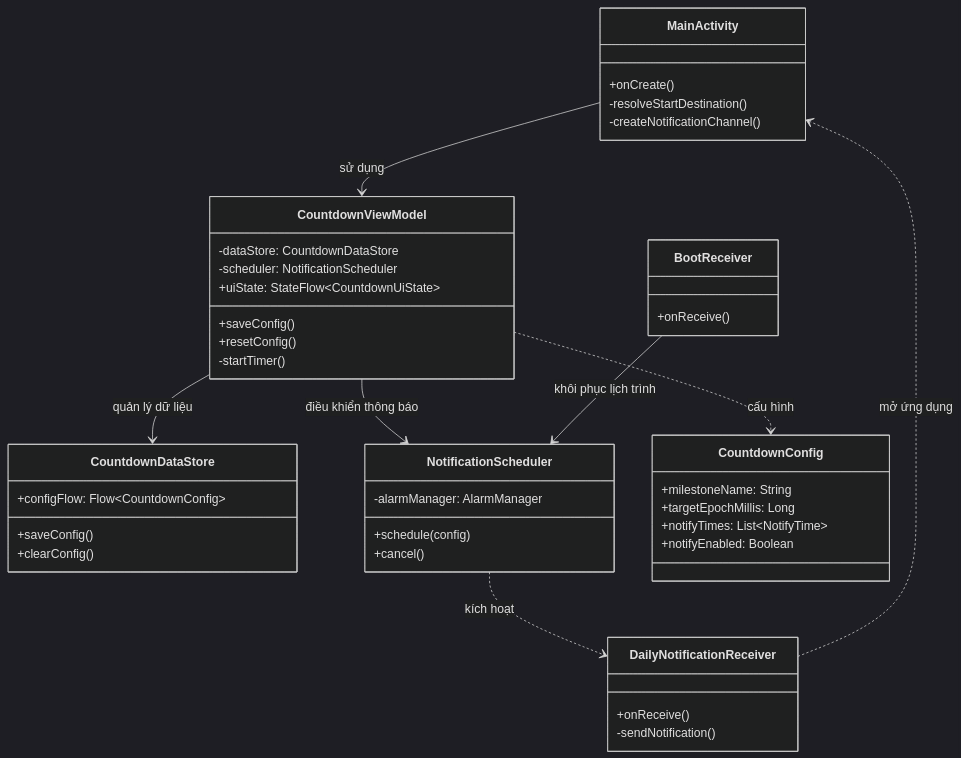
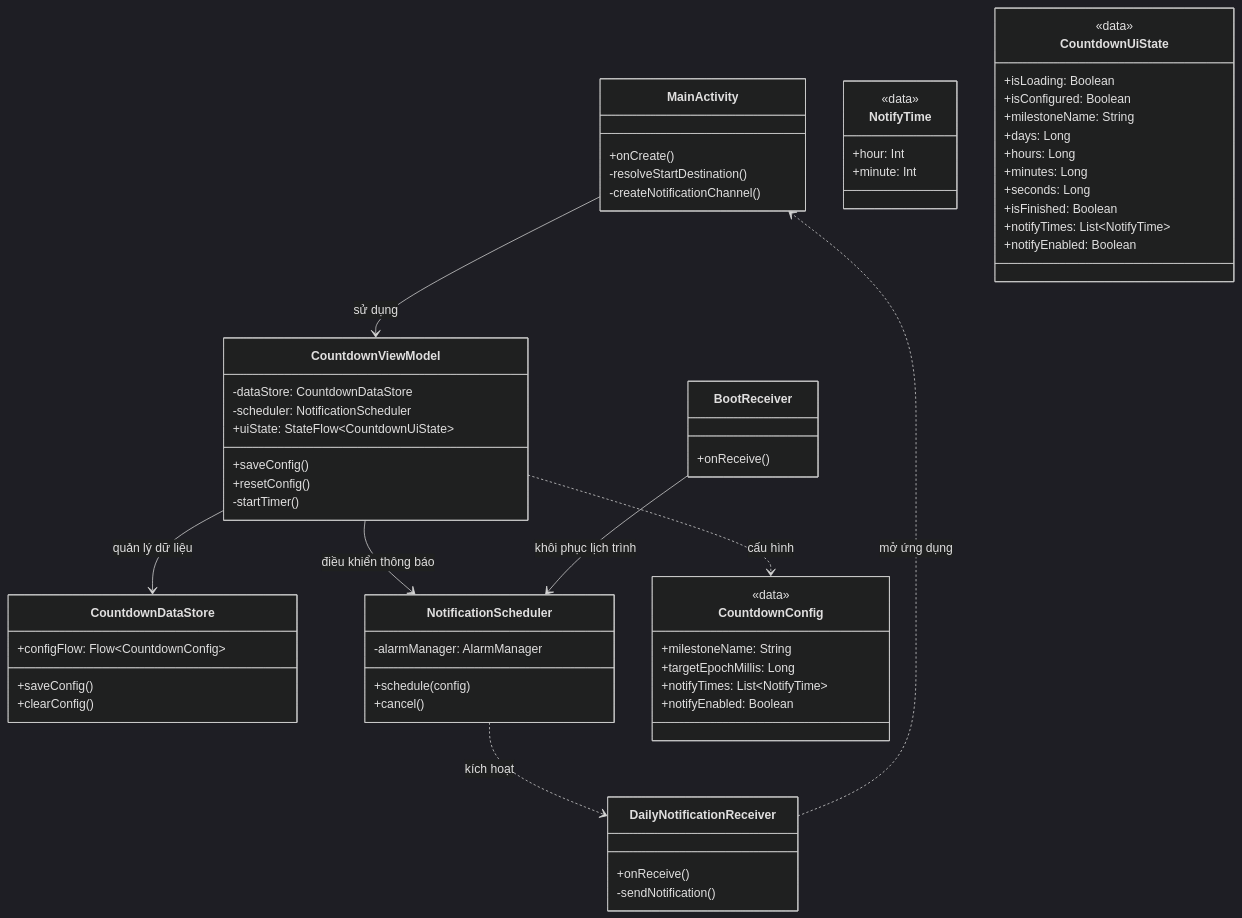
Before and after one commit to nvdung1607/CountDayLeave: the diagram in README.md, drawn with Mermaid (dark theme).

Commit message:
Update class diagram with <<data>> stereotype for data classes

````diff
--- a/README.md
+++ b/README.md
@@ -27,55 +27,76 @@
 ```mermaid
 classDiagram
     class MainActivity {
         +onCreate()
         -resolveStartDestination()
         -createNotificationChannel()
     }
 
     class CountdownViewModel {
         -dataStore: CountdownDataStore
         -scheduler: NotificationScheduler
         +uiState: StateFlow~CountdownUiState~
         +saveConfig()
         +resetConfig()
         -startTimer()
     }
 
     class CountdownDataStore {
         +configFlow: Flow~CountdownConfig~
         +saveConfig()
         +clearConfig()
     }
 
     class NotificationScheduler {
         -alarmManager: AlarmManager
         +schedule(config)
         +cancel()
     }
 
     class DailyNotificationReceiver {
         +onReceive()
         -sendNotification()
     }
 
     class BootReceiver {
         +onReceive()
     }
 
     class CountdownConfig {
+        <<data>>
         +milestoneName: String
         +targetEpochMillis: Long
+        +notifyTimes: List~NotifyTime~
+        +notifyEnabled: Boolean
+    }
+
+    class NotifyTime {
+        <<data>>
+        +hour: Int
+        +minute: Int
+    }
+
+    class CountdownUiState {
+        <<data>>
+        +isLoading: Boolean
+        +isConfigured: Boolean
+        +milestoneName: String
+        +days: Long
+        +hours: Long
+        +minutes: Long
+        +seconds: Long
+        +isFinished: Boolean
         +notifyTimes: List~NotifyTime~
         +notifyEnabled: Boolean
     }
 
     %% Relationships
     MainActivity --> CountdownViewModel : sử dụng
     CountdownViewModel --> CountdownDataStore : quản lý dữ liệu
     CountdownViewModel --> NotificationScheduler : điều khiển thông báo
     CountdownViewModel ..> CountdownConfig : cấu hình
     
     NotificationScheduler ..> DailyNotificationReceiver : kích hoạt
     BootReceiver --> NotificationScheduler : khôi phục lịch trình
     DailyNotificationReceiver ..> MainActivity : mở ứng dụng
 ```
````
